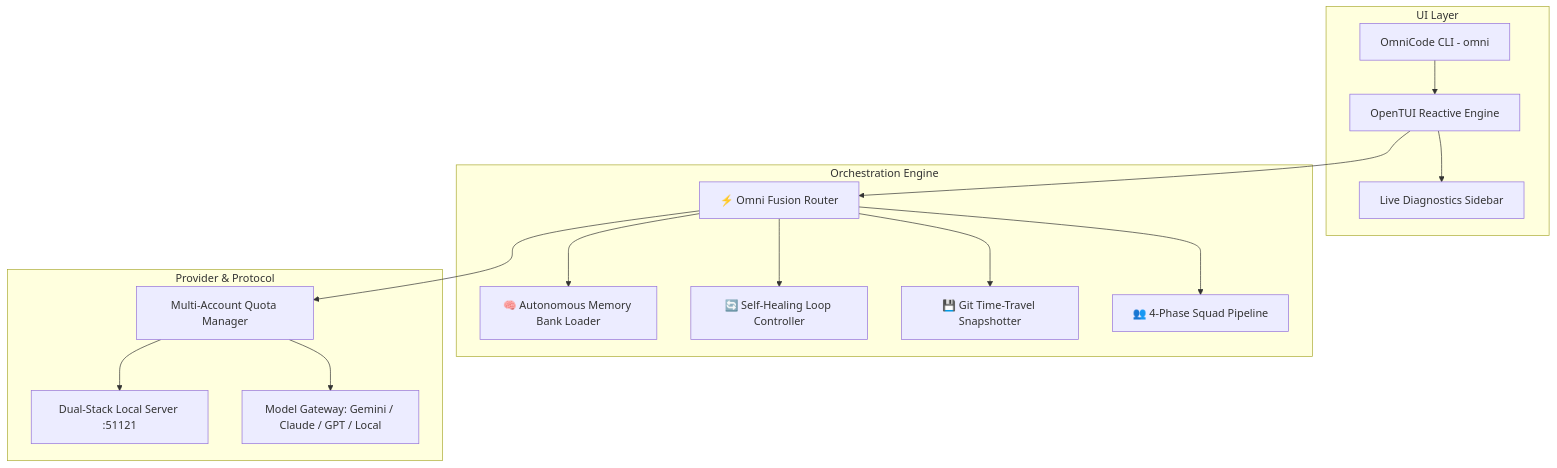
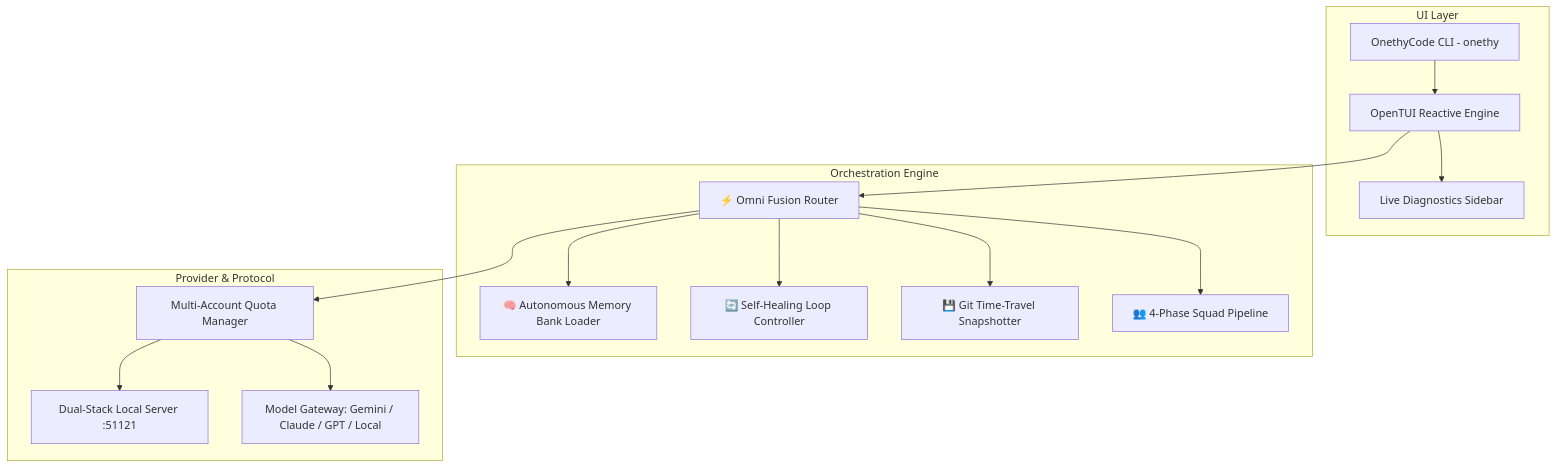
One commit to danie2022157-ui/onethy-code changed the second of 2 diagrams in README.md. Above: the diagram before and after it, drawn with Mermaid. The commit also changed other lines of this file and 16 other files, not shown here.

Commit message:
feat(brand): rename platform to OnethyCode and polish TUI with Memory Bank UI, performance optimizations and bug fixes

````diff
--- a/README.md
+++ b/README.md
@@ -276,33 +270,33 @@
 ```mermaid
 flowchart TD
     subgraph UI Layer
-        CLI[OmniCode CLI - omni]
+        CLI[OnethyCode CLI - onethy]
         TUI[OpenTUI Reactive Engine]
         Sidebar[Live Diagnostics Sidebar]
     end
 
     subgraph Orchestration Engine
         Router[⚡ Omni Fusion Router]
         Memory[🧠 Autonomous Memory Bank Loader]
         Heal[🔄 Self-Healing Loop Controller]
         Snap[💾 Git Time-Travel Snapshotter]
         Squad[👥 4-Phase Squad Pipeline]
     end
 
     subgraph Provider & Protocol
         DualOAuth[Dual-Stack Local Server :51121]
         Accounts[Multi-Account Quota Manager]
         LLM[Model Gateway: Gemini / Claude / GPT / Local]
     end
 
     CLI --> TUI
     TUI --> Sidebar
     TUI --> Router
     Router --> Memory
     Router --> Heal
     Router --> Snap
     Router --> Squad
     Router --> Accounts
     Accounts --> DualOAuth
     Accounts --> LLM
 ```
````
